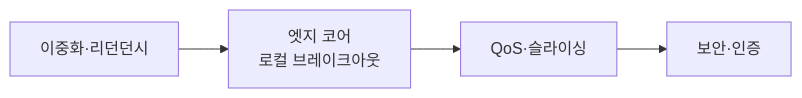
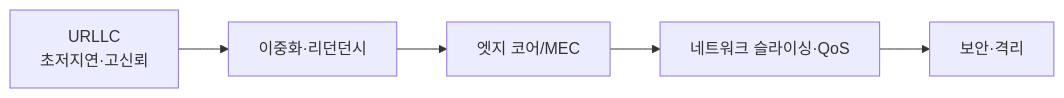
Before and after one commit to coninggu/wjdqhrhksflrltnftk: the first of 2 diagrams in content/private-5g.md, drawn with Mermaid. The commit also changed other lines of this file and 11 other files, not shown here.

````diff
--- a/content/private-5g.md
+++ b/content/private-5g.md
@@ -13,6 +15,7 @@
 ```mermaid
 flowchart LR
-  R[이중화·리던던시] --> E[엣지 코어<br/>로컬 브레이크아웃]
-  E --> Q[QoS·슬라이싱]
-  Q --> S[보안·인증]
+  U[URLLC<br/>초저지연·고신뢰] --> R[이중화·리던던시]
+  R --> E[엣지 코어/MEC]
+  E --> Q[네트워크 슬라이싱·QoS]
+  Q --> S[보안·격리]
 ```
````
